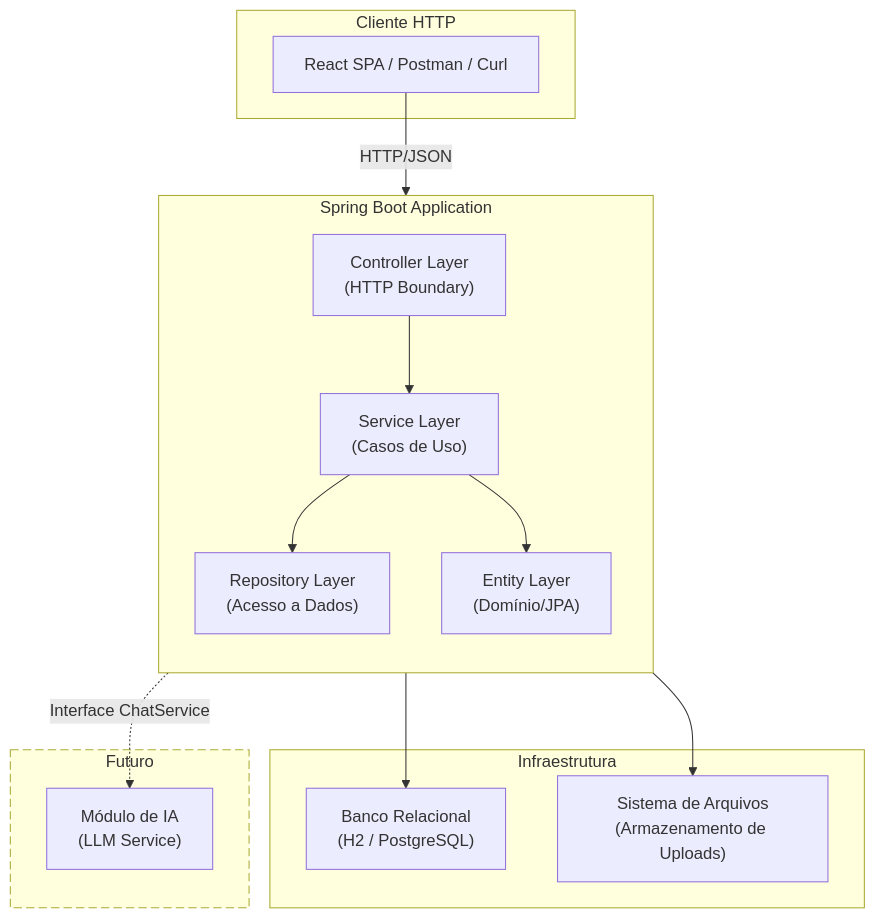
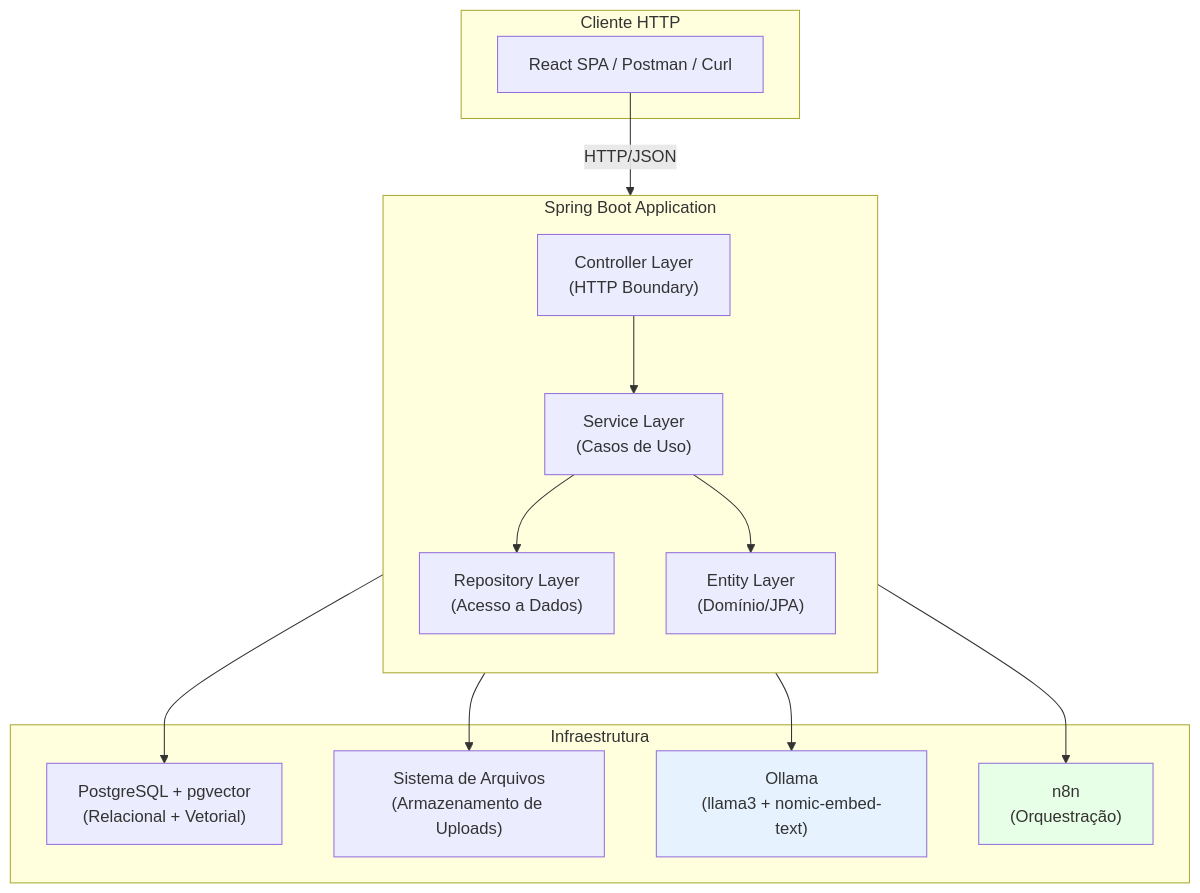
The first of 9 diagrams in doc/SYSTEM_DOCS_BACKEND.md (raylaferreira-coder/API_IA), drawn with Mermaid before and after one commit. The commit also changed other lines of this file, not shown here.

````diff
--- a/doc/SYSTEM_DOCS_BACKEND.md
+++ b/doc/SYSTEM_DOCS_BACKEND.md
@@ -62,34 +82,34 @@
 ```mermaid
 flowchart TB
     subgraph Cliente["Cliente HTTP"]
         A["React SPA / Postman / Curl"]
     end
 
     subgraph SpringBoot["Spring Boot Application"]
         direction TB
         B["Controller Layer<br/>(HTTP Boundary)"]
         C["Service Layer<br/>(Casos de Uso)"]
         D["Repository Layer<br/>(Acesso a Dados)"]
         E["Entity Layer<br/>(Domínio/JPA)"]
 
         B --> C
         C --> D
         C --> E
     end
 
     subgraph Infra["Infraestrutura"]
-        F["Banco Relacional<br/>(H2 / PostgreSQL)"]
+        F["PostgreSQL + pgvector<br/>(Relacional + Vetorial)"]
         G["Sistema de Arquivos<br/>(Armazenamento de Uploads)"]
-    end
-
-    subgraph Futuro["Futuro"]
-        H["Módulo de IA<br/>(LLM Service)"]
+        H["Ollama<br/>(llama3 + nomic-embed-text)"]
+        I["n8n<br/>(Orquestração)"]
     end
 
     A -->|HTTP/JSON| B
     D --> F
     C --> G
-    C -.->|"Interface ChatService"| H
+    C --> H
+    C --> I
 
-    style Futuro stroke-dasharray: 8 4
+    style H fill:#e6f3ff
+    style I fill:#e6ffe6
 ```
````
